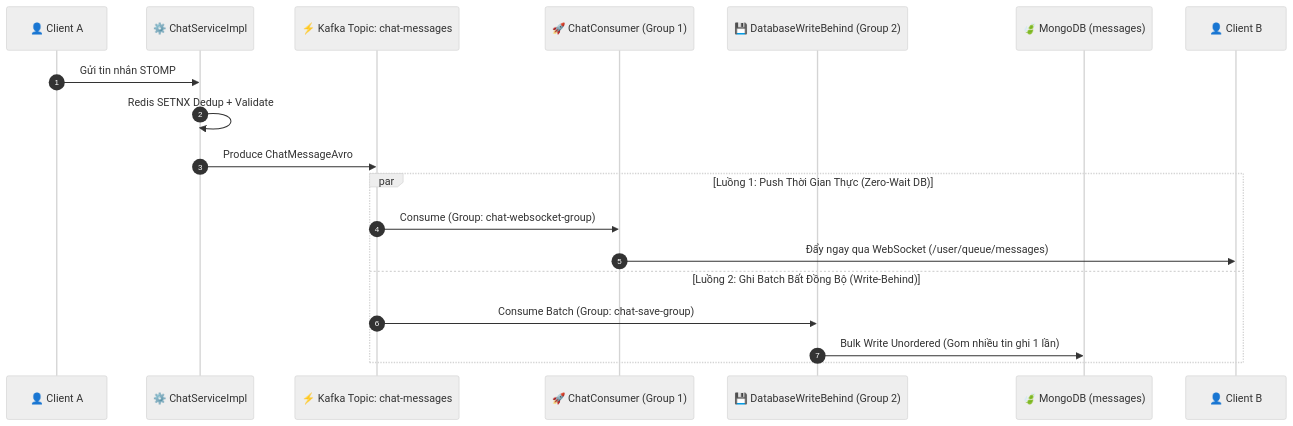
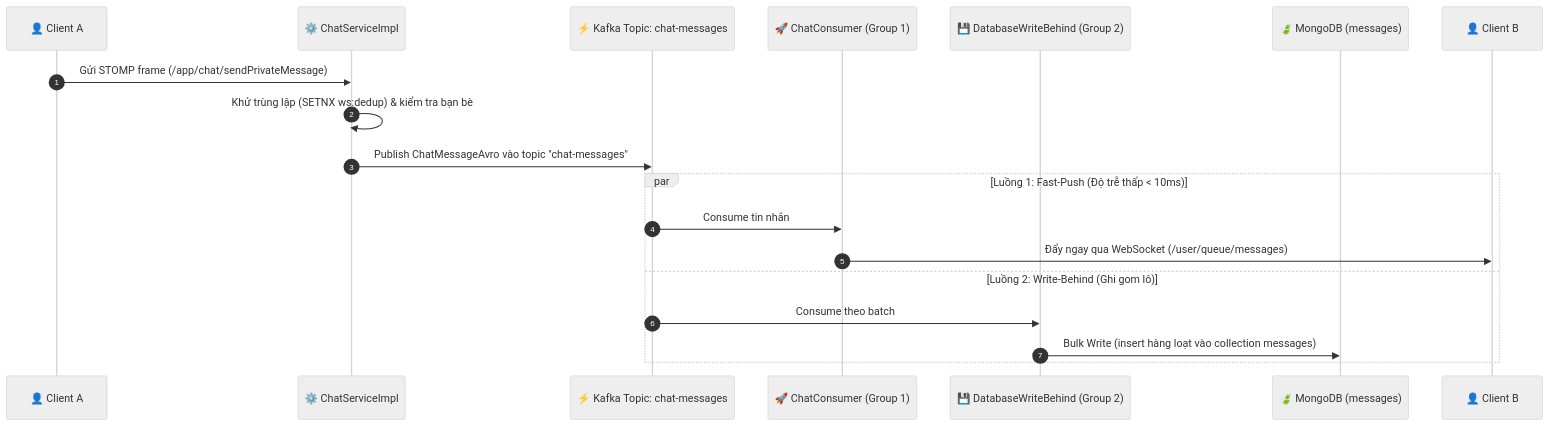
Before and after one commit to phwkha/ChatWeb-RealTime: the diagram in docs/architecture/02-architecture-decisions.md, drawn with Mermaid (neutral theme). The commit also changed other lines of this file and 8 other files, not shown here.

First line of the commit message:
Refactor sequence diagrams and database design documentation for clarity and accuracy

````diff
--- a/docs/architecture/02-architecture-decisions.md
+++ b/docs/architecture/02-architecture-decisions.md
@@ -40,23 +40,23 @@
 ```mermaid
 sequenceDiagram
     autonumber
     participant Sender as 👤 Client A
     participant Backend as ⚙️ ChatServiceImpl
     participant Kafka as ⚡ Kafka Topic: chat-messages
     participant FastPush as 🚀 ChatConsumer (Group 1)
     participant BatchSave as 💾 DatabaseWriteBehind (Group 2)
     participant Mongo as 🍃 MongoDB (messages)
     participant Recipient as 👤 Client B
 
-    Sender->>Backend: Gửi tin nhắn STOMP
-    Backend->>Backend: Redis SETNX Dedup + Validate
-    Backend->>Kafka: Produce ChatMessageAvro
+    Sender->>Backend: Gửi STOMP frame (/app/chat/sendPrivateMessage)
+    Backend->>Backend: Khử trùng lặp (SETNX ws:dedup) & kiểm tra bạn bè
+    Backend->>Kafka: Publish ChatMessageAvro vào topic "chat-messages"
     
-    par Luồng 1: Push Thời Gian Thực (Zero-Wait DB)
-        Kafka->>FastPush: Consume (Group: chat-websocket-group)
+    par Luồng 1: Fast-Push (Độ trễ thấp < 10ms)
+        Kafka->>FastPush: Consume tin nhắn
         FastPush->>Recipient: Đẩy ngay qua WebSocket (/user/queue/messages)
-    and Luồng 2: Ghi Batch Bất Đồng Bộ (Write-Behind)
-        Kafka->>BatchSave: Consume Batch (Group: chat-save-group)
-        BatchSave->>Mongo: Bulk Write Unordered (Gom nhiều tin ghi 1 lần)
+    and Luồng 2: Write-Behind (Ghi gom lô)
+        Kafka->>BatchSave: Consume theo batch
+        BatchSave->>Mongo: Bulk Write (insert hàng loạt vào collection messages)
     end
 ```
````
